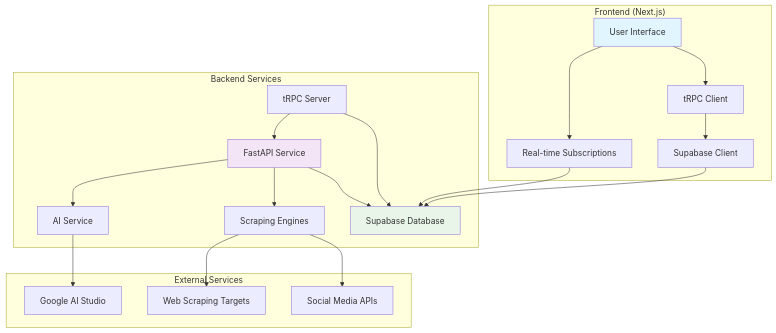
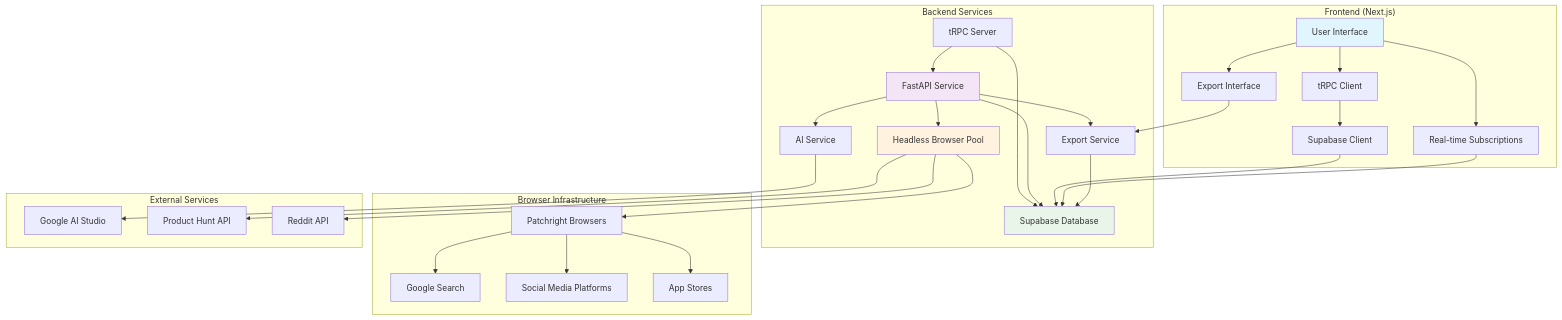
One commit to Criztiandev/LAUCNH-LEANS-AI changed the diagram in .kiro/specs/realvalidator-ai-mvp/design.md. Above: the diagram before and after it, drawn with Mermaid. The commit also changed other lines of this file and 20 other files, not shown here.

First line of the commit message:
Enhance headless browser infrastructure and scraping capabilities

````diff
--- a/.kiro/specs/realvalidator-ai-mvp/design.md
+++ b/.kiro/specs/realvalidator-ai-mvp/design.md
@@ -15,32 +15,44 @@
 ```mermaid
 graph TB
     subgraph "Frontend (Next.js)"
         A[User Interface] --> B[tRPC Client]
         B --> C[Supabase Client]
         A --> D[Real-time Subscriptions]
+        A --> E[Export Interface]
     end
     
     subgraph "Backend Services"
-        E[tRPC Server] --> F[Supabase Database]
-        G[FastAPI Service] --> F
-        G --> H[Scraping Engines]
-        G --> I[AI Service]
+        F[tRPC Server] --> G[Supabase Database]
+        H[FastAPI Service] --> G
+        H --> I[Headless Browser Pool]
+        H --> J[AI Service]
+        H --> K[Export Service]
+    end
+    
+    subgraph "Browser Infrastructure"
+        I --> L[Patchright Browsers]
+        L --> M[Google Search]
+        L --> N[Social Media Platforms]
+        L --> O[App Stores]
     end
     
     subgraph "External Services"
-        L[Google AI Studio]
-        M[Social Media APIs]
-        N[Web Scraping Targets]
+        P[Google AI Studio]
+        Q[Product Hunt API]
+        R[Reddit API]
     end
     
-    C --> F
-    D --> F
-    E --> G
-    H --> M
-    H --> N
-    I --> L
+    C --> G
+    D --> G
+    F --> H
+    I --> Q
+    I --> R
+    J --> P
+    K --> G
+    E --> K
     
     style A fill:#e1f5fe
-    style G fill:#f3e5f5
-    style F fill:#e8f5e8
+    style H fill:#f3e5f5
+    style G fill:#e8f5e8
+    style I fill:#fff3e0
 ```
````
